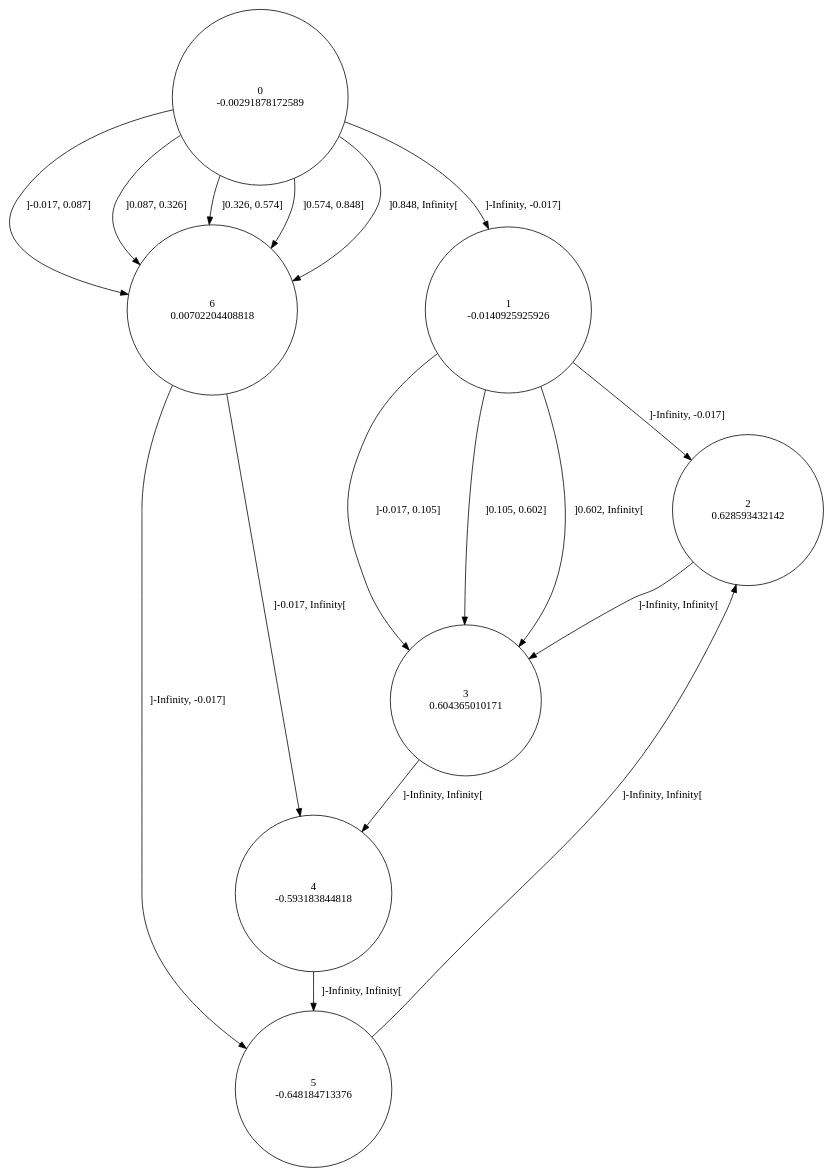
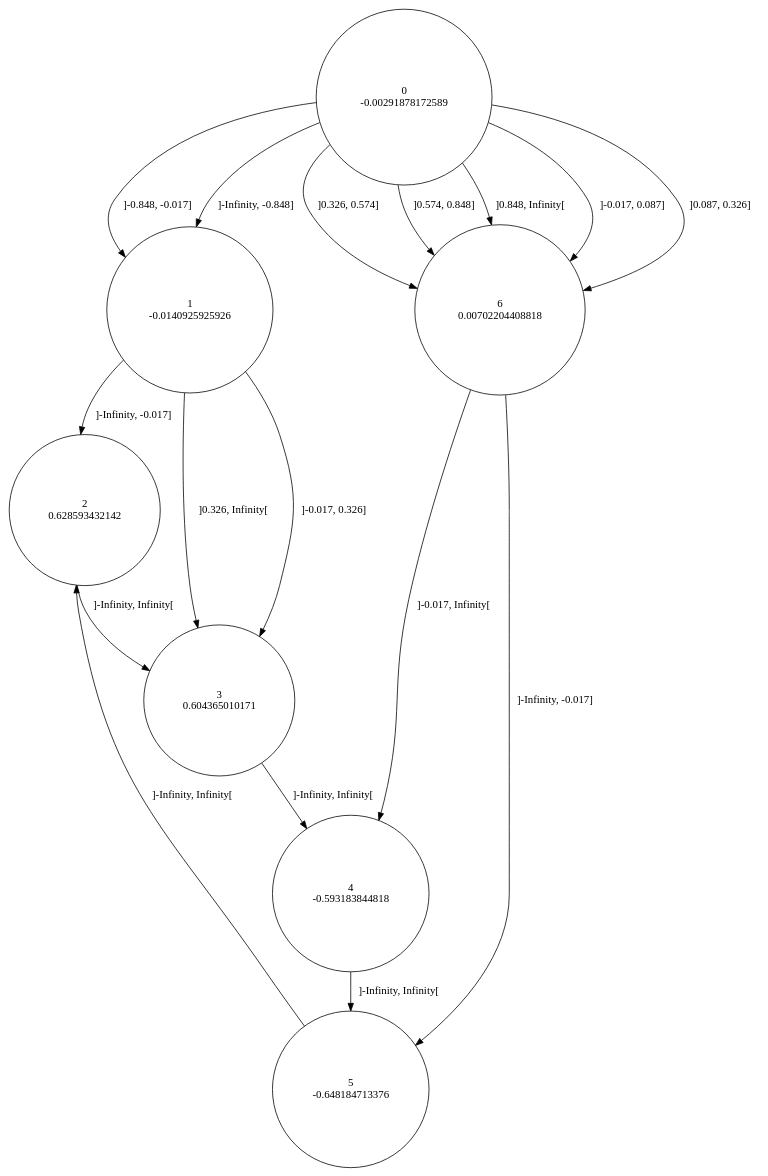
Before and after one commit to gllpellegrino/RAI_experiments: the diagram in sinus/data/3/rtitm.dot, drawn with Graphviz. The commit also changed 168 other files, not shown here.

```diff
--- a/sinus/data/3/rtitm.dot
+++ b/sinus/data/3/rtitm.dot
@@ -1,25 +1,25 @@
 digraph a {
 0 [shape=circle, label="0\n-0.00291878172589"];
-	0 -> 1 [label="]-Infinity, -0.017]"];
+	0 -> 1 [label="]-Infinity, -0.848]"];
+	0 -> 1 [label="]-0.848, -0.017]"];
 	0 -> 6 [label="]-0.017, 0.087]"];
 	0 -> 6 [label="]0.087, 0.326]"];
 	0 -> 6 [label="]0.326, 0.574]"];
 	0 -> 6 [label="]0.574, 0.848]"];
 	0 -> 6 [label="]0.848, Infinity["];
 1 [shape=circle, label="1\n-0.0140925925926"];
 	1 -> 2 [label="]-Infinity, -0.017]"];
-	1 -> 3 [label="]-0.017, 0.105]"];
-	1 -> 3 [label="]0.105, 0.602]"];
-	1 -> 3 [label="]0.602, Infinity["];
+	1 -> 3 [label="]-0.017, 0.326]"];
+	1 -> 3 [label="]0.326, Infinity["];
 2 [shape=circle, label="2\n0.628593432142"];
 	2 -> 3 [label="]-Infinity, Infinity["];
 3 [shape=circle, label="3\n0.604365010171"];
 	3 -> 4 [label="]-Infinity, Infinity["];
 4 [shape=circle, label="4\n-0.593183844818"];
 	4 -> 5 [label="]-Infinity, Infinity["];
 5 [shape=circle, label="5\n-0.648184713376"];
 	5 -> 2 [label="]-Infinity, Infinity["];
 6 [shape=circle, label="6\n0.00702204408818"];
 	6 -> 5 [label="]-Infinity, -0.017]"];
 	6 -> 4 [label="]-0.017, Infinity["];
 }
```
